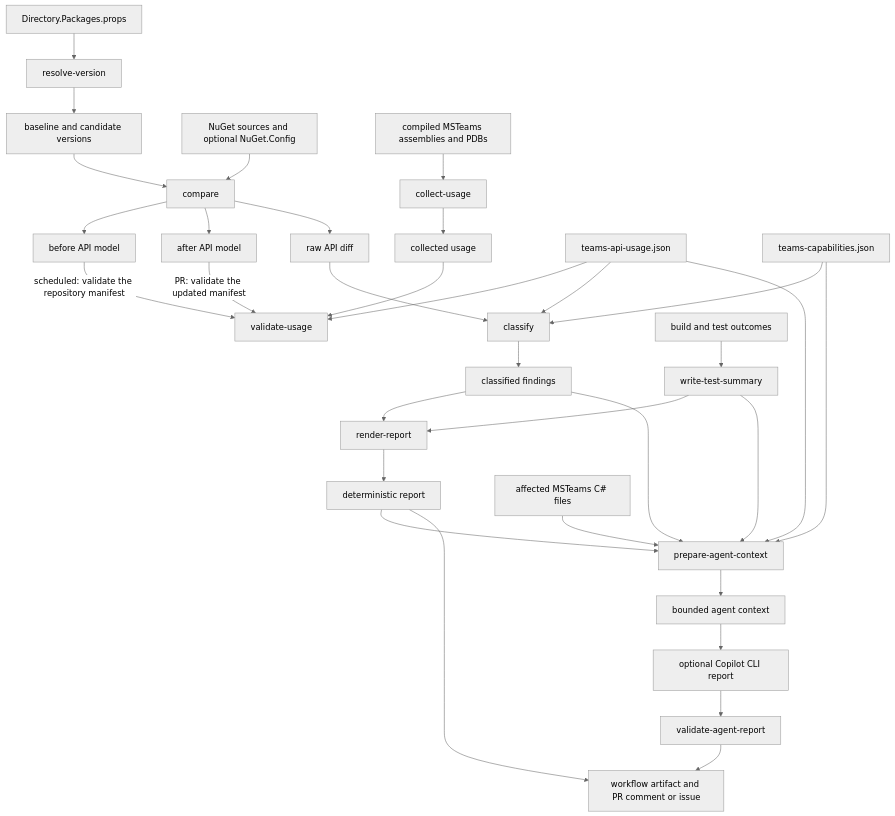
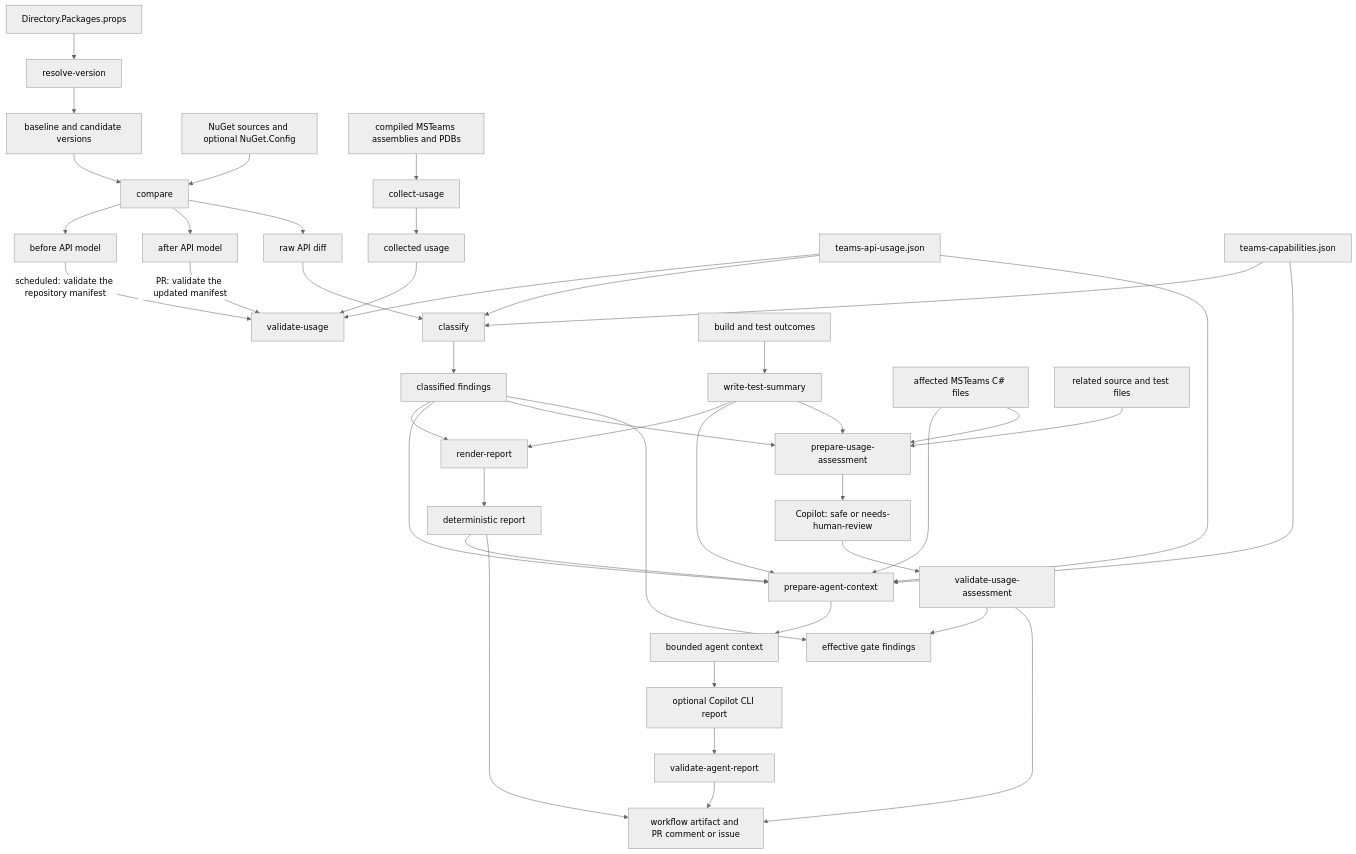
The diagram in scripts/TeamsApiDrift/technicalDescription.md (southworks/Agents-for-net), drawn with Mermaid (neutral theme) before and after one commit. The commit also changed other lines of this file and 7 other files, not shown here.

Commit message:
Add usage assessment logic

````diff
--- a/scripts/TeamsApiDrift/technicalDescription.md
+++ b/scripts/TeamsApiDrift/technicalDescription.md
@@ -34,41 +36,50 @@
 ```mermaid
 flowchart TD
     Props["Directory.Packages.props"] --> Resolve["resolve-version"]
     Resolve --> Versions["baseline and candidate versions"]
     Versions --> Compare["compare"]
     Sources["NuGet sources and optional NuGet.Config"] --> Compare
 
     Compare --> Before["before API model"]
     Compare --> After["after API model"]
     Compare --> Diff["raw API diff"]
 
     CandidateBuild["compiled MSTeams assemblies and PDBs"] --> Collect["collect-usage"]
     Collect --> Collected["collected usage"]
     UsageManifest["teams-api-usage.json"] --> ValidateUsage["validate-usage"]
     Collected --> ValidateUsage
     Before -->|"scheduled: validate the repository manifest"| ValidateUsage
     After -->|"PR: validate the updated manifest"| ValidateUsage
 
     Diff --> Classify["classify"]
     UsageManifest --> Classify
     Capabilities["teams-capabilities.json"] --> Classify
     Classify --> Findings["classified findings"]
 
     TestRuns["build and test outcomes"] --> TestSummary["write-test-summary"]
     Findings --> Render["render-report"]
     TestSummary --> Render
     Render --> Deterministic["deterministic report"]
 
     Findings --> Context
     TestSummary --> Context
     UsageManifest --> Context
     Capabilities --> Context
     Deterministic --> Context["prepare-agent-context"]
     AffectedSource["affected MSTeams C# files"] --> Context
     Context --> AgentContext["bounded agent context"]
     AgentContext --> Copilot["optional Copilot CLI report"]
     Copilot --> ValidateAgent["validate-agent-report"]
 
     Deterministic --> Publication["workflow artifact and PR comment or issue"]
     ValidateAgent --> Publication
+    Findings --> UsageContext["prepare-usage-assessment"]
+    AffectedSource --> UsageContext
+    BoundaryTests["related source and test files"] --> UsageContext
+    TestSummary --> UsageContext
+    UsageContext --> Assess["Copilot: safe or needs-human-review"]
+    Assess --> ValidateAssessment["validate-usage-assessment"]
+    ValidateAssessment --> GateFindings["effective gate findings"]
+    Findings --> GateFindings
+    ValidateAssessment --> Publication
 ```
````
